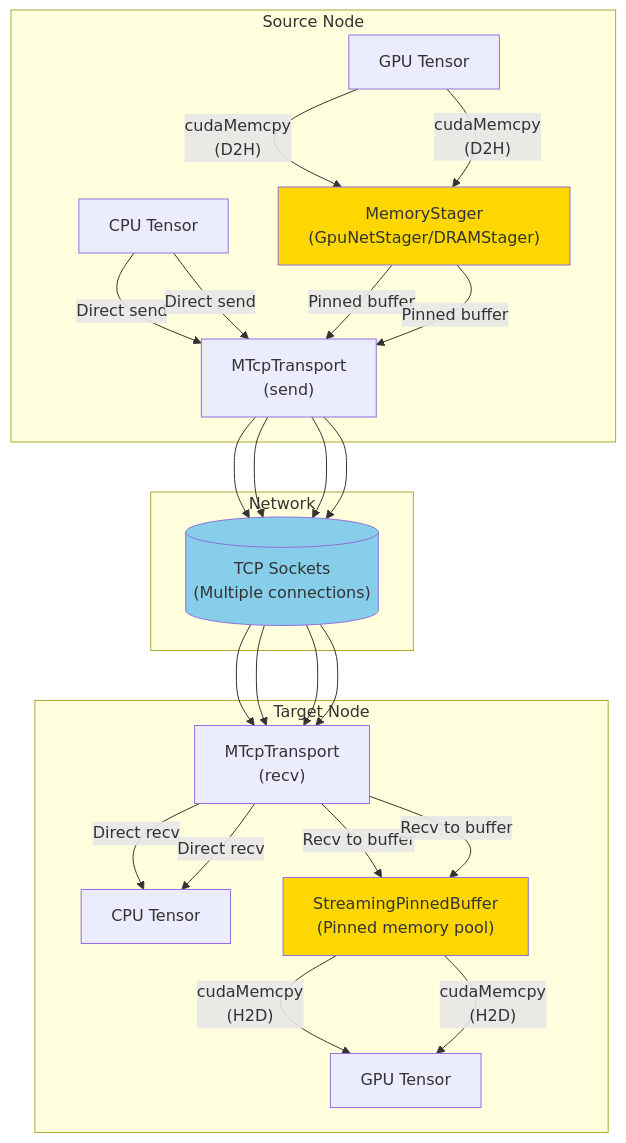
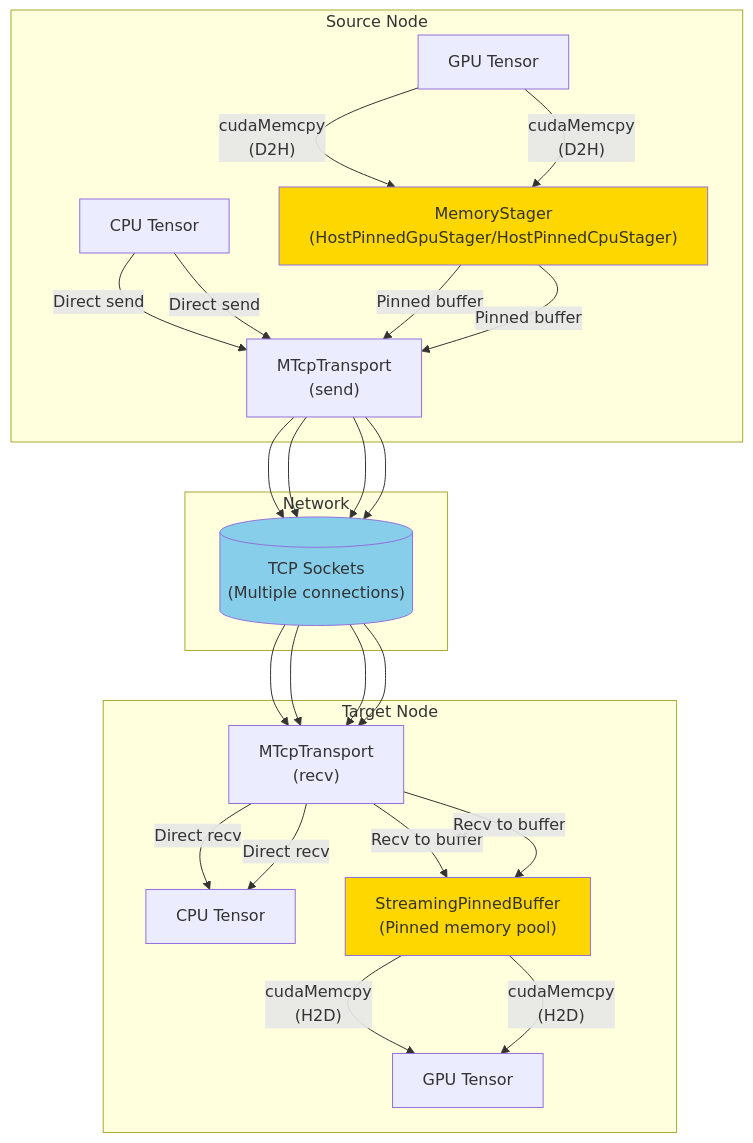
The sixth of 13 diagrams in core/communicator/README.md (tensorcast-ai/tensorcast), drawn with Mermaid before and after one commit. The commit also changed other lines of this file and 41 other files, not shown here.

````diff
--- a/core/communicator/README.md
+++ b/core/communicator/README.md
@@ -313,52 +319,52 @@
 ```mermaid
 flowchart TB
     subgraph "Source Node"
         SrcCPU["CPU Tensor"]
         SrcGPU["GPU Tensor"]
-        SrcStager["MemoryStager<br/>(GpuNetStager/DRAMStager)"]
+        SrcStager["MemoryStager<br/>(HostPinnedGpuStager/HostPinnedCpuStager)"]
         SrcMTCP["MTcpTransport<br/>(send)"]
     end
 
     subgraph "Network"
         TCP[("TCP Sockets<br/>(Multiple connections)")]
     end
 
     subgraph "Target Node"
         TgtMTCP["MTcpTransport<br/>(recv)"]
         TgtBuffer["StreamingPinnedBuffer<br/>(Pinned memory pool)"]
         TgtCPU["CPU Tensor"]
         TgtGPU["GPU Tensor"]
     end
 
     %% Path 1: CPU → CPU (Direct)
     SrcCPU -->|"Direct send"| SrcMTCP
     SrcMTCP --> TCP
     TCP --> TgtMTCP
     TgtMTCP -->|"Direct recv"| TgtCPU
 
     %% Path 2: GPU → CPU (Staged send, direct recv)
     SrcGPU -->|"cudaMemcpy<br/>(D2H)"| SrcStager
     SrcStager -->|"Pinned buffer"| SrcMTCP
     SrcMTCP --> TCP
     TCP --> TgtMTCP
     TgtMTCP -->|"Direct recv"| TgtCPU
 
     %% Path 3: CPU → GPU (Direct send, staged recv)
     SrcCPU -->|"Direct send"| SrcMTCP
     SrcMTCP --> TCP
     TCP --> TgtMTCP
     TgtMTCP -->|"Recv to buffer"| TgtBuffer
     TgtBuffer -->|"cudaMemcpy<br/>(H2D)"| TgtGPU
 
     %% Path 4: GPU → GPU (Staged send, staged recv)
     SrcGPU -->|"cudaMemcpy<br/>(D2H)"| SrcStager
     SrcStager -->|"Pinned buffer"| SrcMTCP
     SrcMTCP --> TCP
     TCP --> TgtMTCP
     TgtMTCP -->|"Recv to buffer"| TgtBuffer
     TgtBuffer -->|"cudaMemcpy<br/>(H2D)"| TgtGPU
 
     style SrcStager fill:#ffd700
     style TgtBuffer fill:#ffd700
     style TCP fill:#87ceeb
 ```
````
